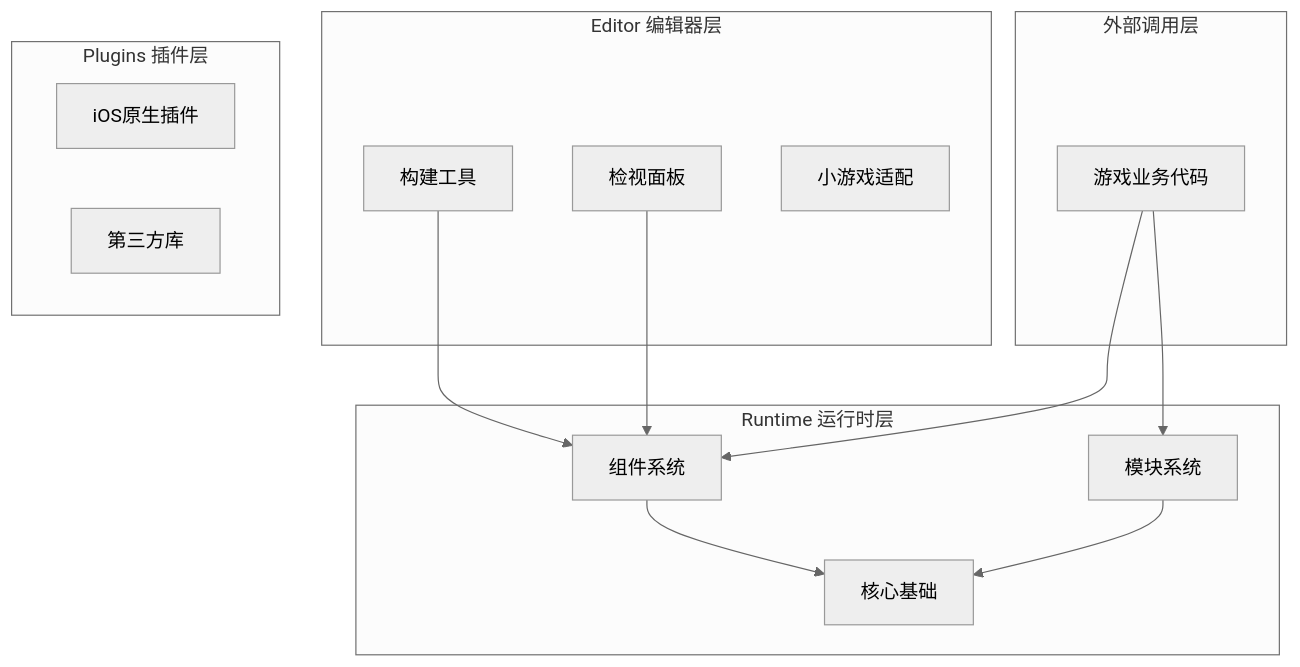
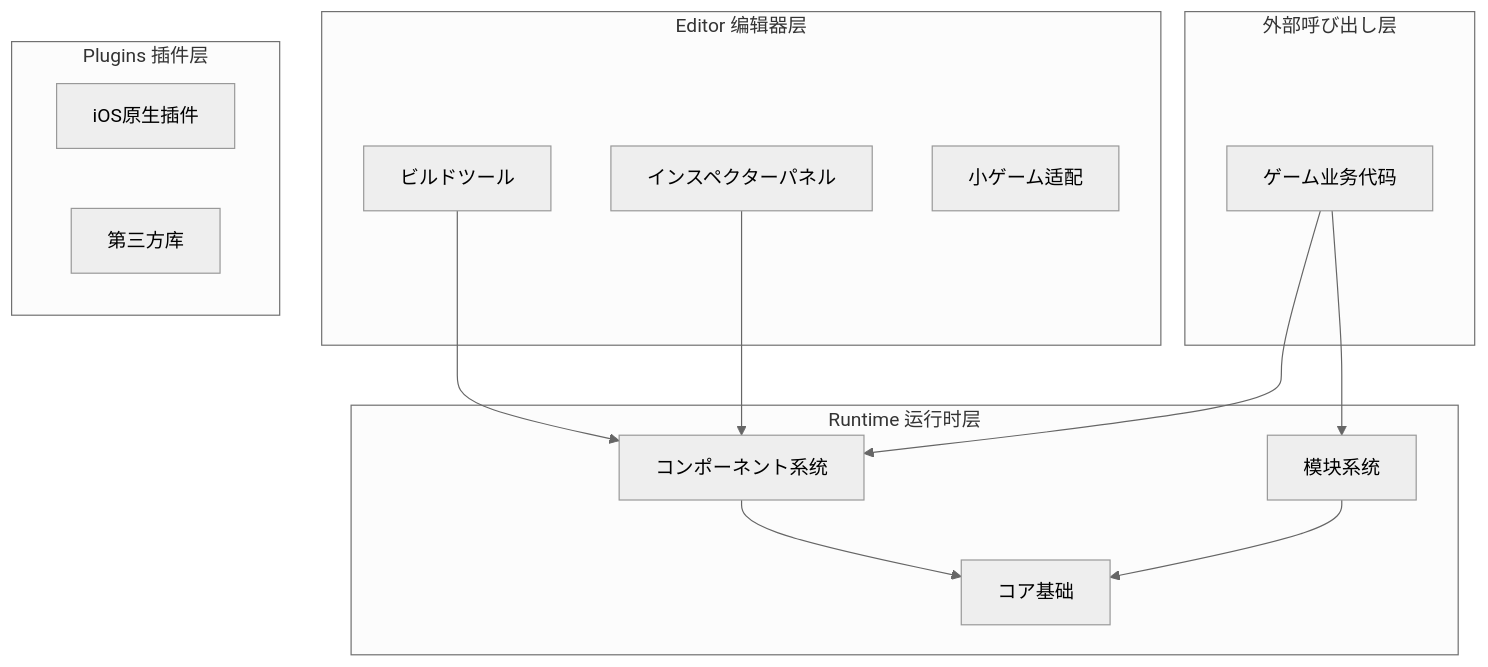
One commit to AlianBlank/GameFrameX.Docs changed the first of 4 diagrams in docs/ja/client/unity/component/core/04.features.md. Above: the diagram before and after it, drawn with Mermaid (neutral theme). The commit also changed other lines of this file and 603 other files, not shown here.

````diff
--- a/docs/ja/client/unity/component/core/04.features.md
+++ b/docs/ja/client/unity/component/core/04.features.md
@@ -22,30 +22,30 @@
 ```mermaid
 graph TD
-    subgraph "外部调用层"
-        Client[游戏业务代码]
+    subgraph "外部呼び出し层"
+        Client[ゲーム业务代码]
     end
 
     subgraph "Runtime 运行时层"
-        Components[组件系统]
+        Components[コンポーネント系统]
         Modules[模块系统]
-        Core[核心基础]
+        Core[コア基础]
     end
 
     subgraph "Editor 编辑器层"
-        BuildTools[构建工具]
-        Inspectors[检视面板]
-        MiniGame[小游戏适配]
+        BuildTools[ビルドツール]
+        Inspectors[インスペクターパネル]
+        MiniGame[小ゲーム适配]
     end
 
     subgraph "Plugins 插件层"
         Native[iOS原生插件]
         ThirdParty[第三方库]
     end
 
     Client --> Components
     Client --> Modules
     Components --> Core
     Modules --> Core
     BuildTools --> Components
     Inspectors --> Components
 ```
````
